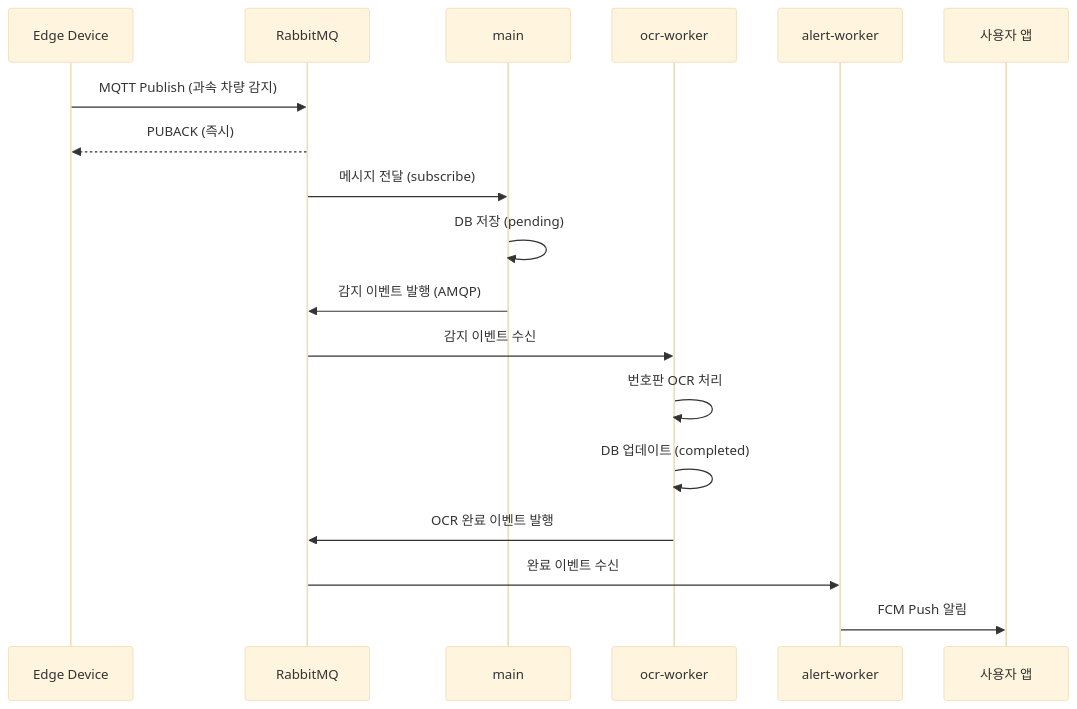
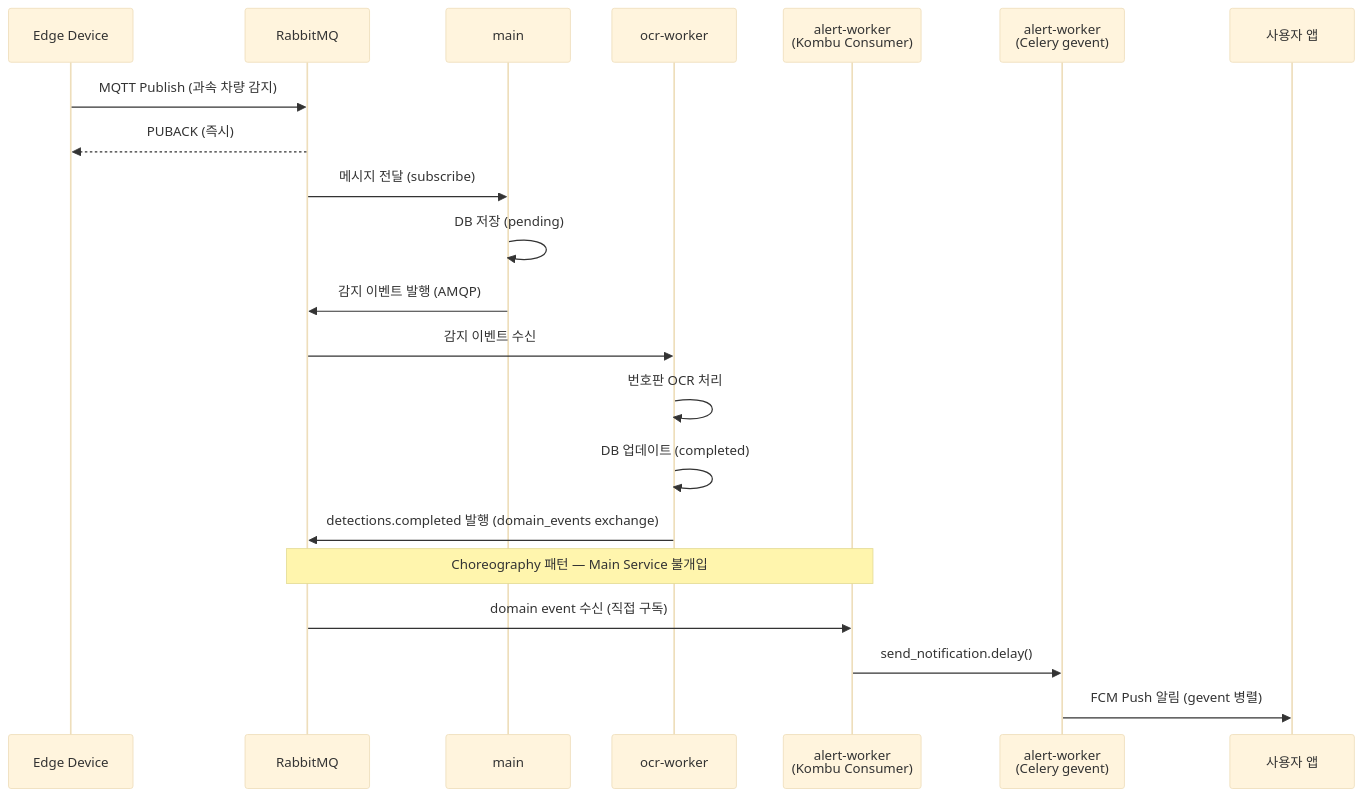
The third of 5 diagrams in docs/performance-analysis.md (Qualcom-Capstone/backend), drawn with Mermaid (base theme) before and after one commit. The commit also changed other lines of this file and 7 other files, not shown here.

````diff
--- a/docs/performance-analysis.md
+++ b/docs/performance-analysis.md
@@ -157,23 +165,26 @@
 ```mermaid
 sequenceDiagram
     participant Edge as Edge Device
     participant RMQ as RabbitMQ
     participant Main as main
     participant OCR as ocr-worker
-    participant Alert as alert-worker
+    participant Kombu as alert-worker<br/>(Kombu Consumer)
+    participant Celery as alert-worker<br/>(Celery gevent)
     participant User as 사용자 앱
 
     Edge->>RMQ: MQTT Publish (과속 차량 감지)
     RMQ-->>Edge: PUBACK (즉시)
     RMQ->>Main: 메시지 전달 (subscribe)
     Main->>Main: DB 저장 (pending)
     Main->>RMQ: 감지 이벤트 발행 (AMQP)
 
     RMQ->>OCR: 감지 이벤트 수신
     OCR->>OCR: 번호판 OCR 처리
     OCR->>OCR: DB 업데이트 (completed)
-    OCR->>RMQ: OCR 완료 이벤트 발행
+    OCR->>RMQ: detections.completed 발행 (domain_events exchange)
 
-    RMQ->>Alert: 완료 이벤트 수신
-    Alert->>User: FCM Push 알림
+    Note over RMQ,Kombu: Choreography 패턴 — Main Service 불개입
+    RMQ->>Kombu: domain event 수신 (직접 구독)
+    Kombu->>Celery: send_notification.delay()
+    Celery->>User: FCM Push 알림 (gevent 병렬)
 ```
````
